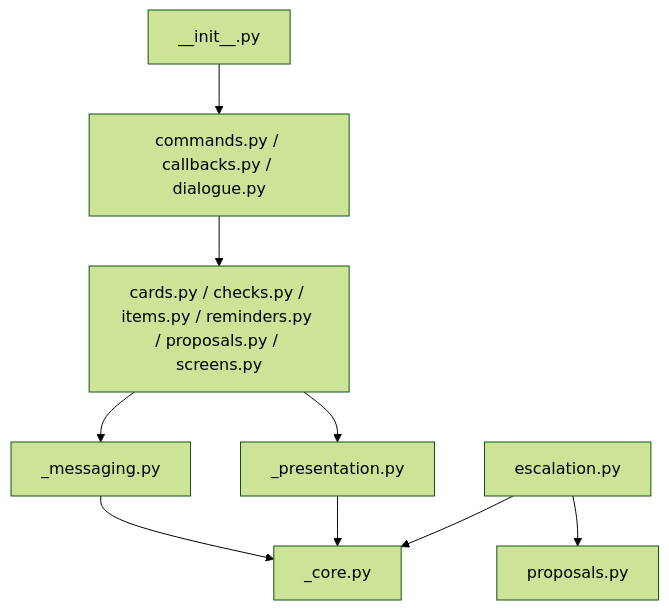
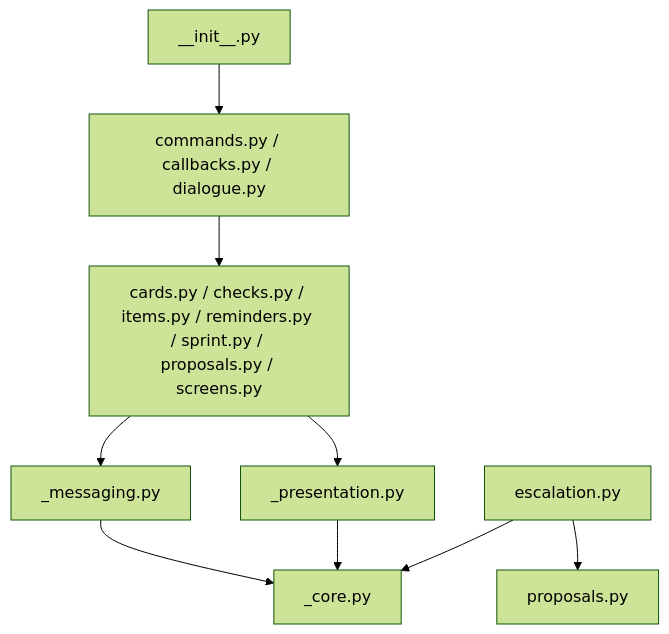
Before and after one commit to myvaheed/tg-ai-safwa: the sixth of 11 diagrams in docs/STRUCTURE_GRAPH.md, drawn with Mermaid (forest theme). The commit also changed other lines of this file and 22 other files, not shown here.

````diff
--- a/docs/STRUCTURE_GRAPH.md
+++ b/docs/STRUCTURE_GRAPH.md
@@ -185,11 +187,11 @@
 ```mermaid
 flowchart TD
-    HANDLERS["commands.py / callbacks.py / dialogue.py"] --> FEATURES["cards.py / checks.py / items.py / reminders.py / proposals.py / screens.py"]
+    HANDLERS["commands.py / callbacks.py / dialogue.py"] --> FEATURES["cards.py / checks.py / items.py / reminders.py / sprint.py / proposals.py / screens.py"]
     FEATURES --> IO["_messaging.py"]
     FEATURES --> VIEW["_presentation.py"]
     IO --> CORE["_core.py"]
     VIEW --> CORE
     ESC["escalation.py"] --> PROPOSALS["proposals.py"]
     ESC --> CORE
     INIT["__init__.py"] --> HANDLERS
 ```
````
